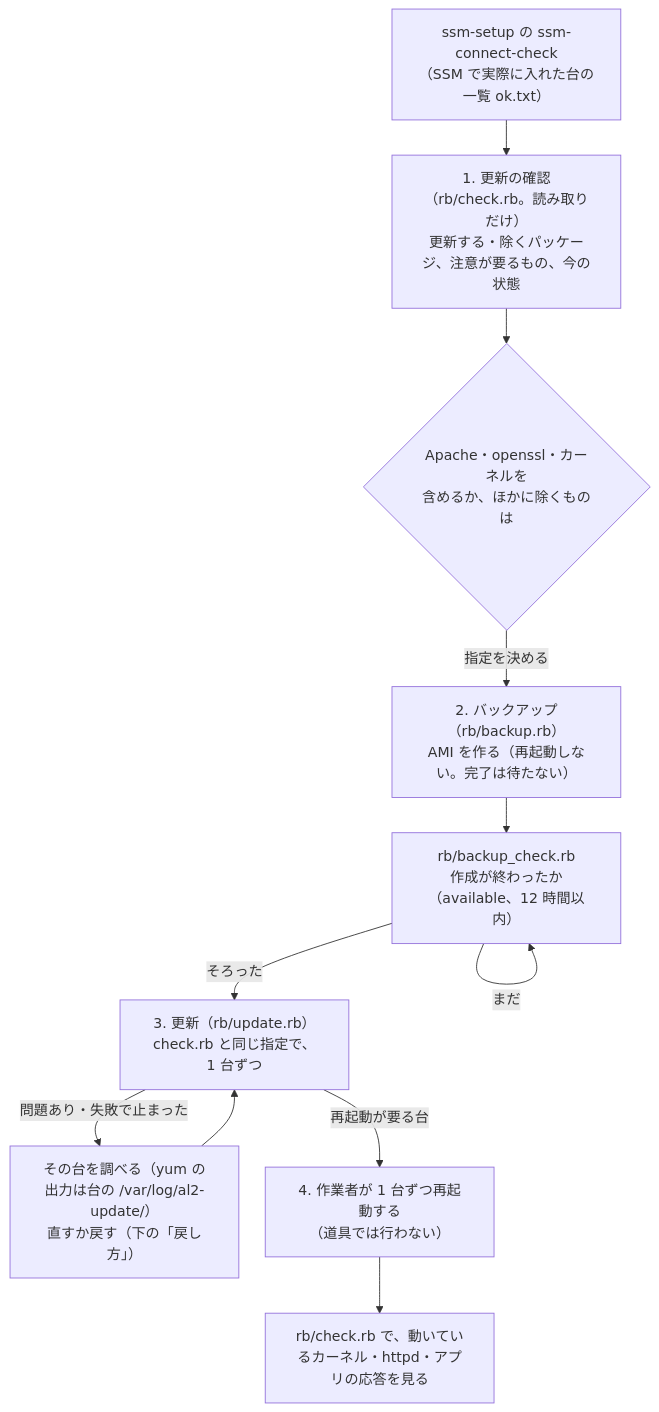
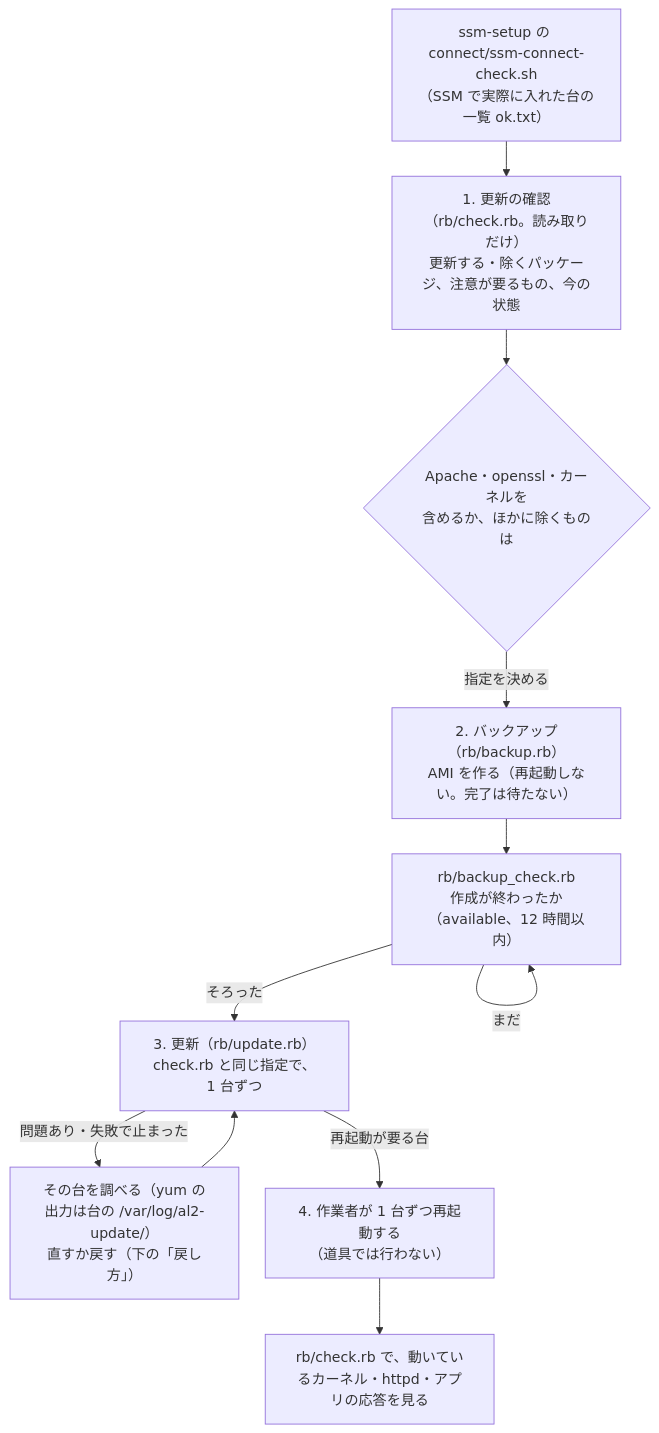
One commit to rxsxkxd/pk changed the first of 2 diagrams in docs/ec2/al2-update/README.md. Above: the diagram before and after it, drawn with Mermaid. The commit also changed other lines of this file and 19 other files, not shown here.

````diff
--- a/docs/ec2/al2-update/README.md
+++ b/docs/ec2/al2-update/README.md
@@ -86,14 +86,14 @@
 ```mermaid
 %%{init: {"themeVariables": {"fontSize": "16px"}, "flowchart": {"nodeSpacing": 30, "rankSpacing": 40}}}%%
 flowchart TD
-    Ssm["ssm-setup の ssm-connect-check<br>（SSM で実際に入れた台の一覧 ok.txt）"] --> Check["1. 更新の確認（rb/check.rb。読み取りだけ）<br>更新する・除くパッケージ、注意が要るもの、今の状態"]
+    Ssm["ssm-setup の connect/ssm-connect-check.sh<br>（SSM で実際に入れた台の一覧 ok.txt）"] --> Check["1. 更新の確認（rb/check.rb。読み取りだけ）<br>更新する・除くパッケージ、注意が要るもの、今の状態"]
     Check --> Decide{"Apache・openssl・カーネルを<br>含めるか、ほかに除くものは"}
     Decide -->|指定を決める| Backup["2. バックアップ（rb/backup.rb）<br>AMI を作る（再起動しない。完了は待たない）"]
     Backup --> BackupCheck["rb/backup_check.rb<br>作成が終わったか（available、12 時間以内）"]
     BackupCheck -->|まだ| BackupCheck
     BackupCheck -->|そろった| Update["3. 更新（rb/update.rb）<br>check.rb と同じ指定で、1 台ずつ"]
     Update -->|問題あり・失敗で止まった| Investigate["その台を調べる（yum の出力は台の /var/log/al2-update/）<br>直すか戻す（下の「戻し方」）"]
     Investigate --> Update
     Update -->|再起動が要る台| Reboot["4. 作業者が 1 台ずつ再起動する<br>（道具では行わない）"]
     Reboot --> Recheck["rb/check.rb で、動いているカーネル・httpd・アプリの応答を見る"]
 ```
````
